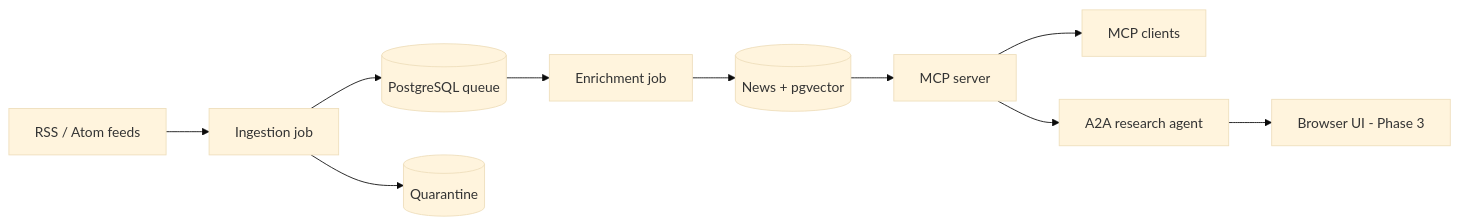
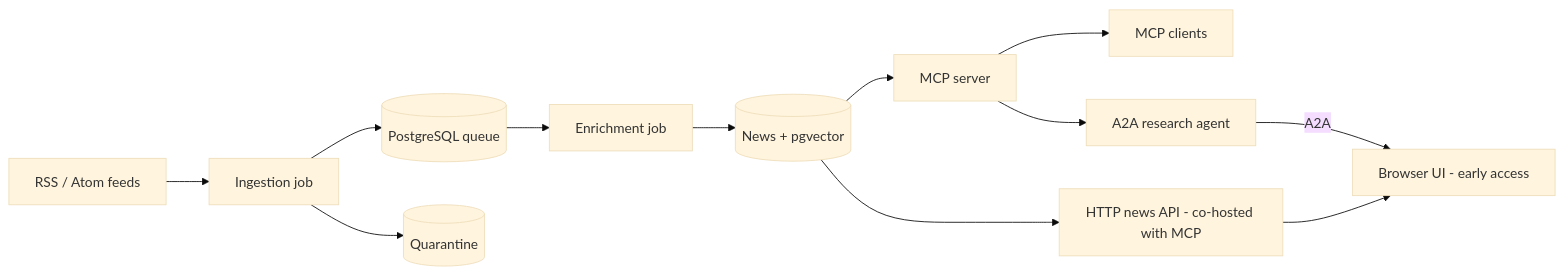
One commit to ikhemissi/newsloom changed the first of 2 diagrams in README.md. Above: the diagram before and after it, drawn with Mermaid (base theme). The commit also changed other lines of this file and 2 other files, not shown here.

Commit message:
docs(ui): publish measured HTTP migration and implementation CI
Record passing exact-source implementation CI and update README/runbook status for deployed HTTP browsing and details. Preserve the actual immutable-image implementation/source association and keep regular-browser/cache acceptance open.

````diff
--- a/README.md
+++ b/README.md
@@ -13,12 +13,14 @@
 ```mermaid
 flowchart LR
     Feeds["RSS / Atom feeds"] --> Ingestion["Ingestion job"]
     Ingestion --> Queue[("PostgreSQL queue")]
     Ingestion --> Quarantine[("Quarantine")]
     Queue --> Enrichment["Enrichment job"]
     Enrichment --> News[("News + pgvector")]
     News --> MCP["MCP server"]
     MCP --> Clients["MCP clients"]
     MCP --> Agent["A2A research agent"]
-    Agent --> UI["Browser UI - Phase 3"]
+    Agent -->|A2A| UI["Browser UI - early access"]
+    News --> API["HTTP news API - co-hosted with MCP"]
+    API --> UI
 ```
````
